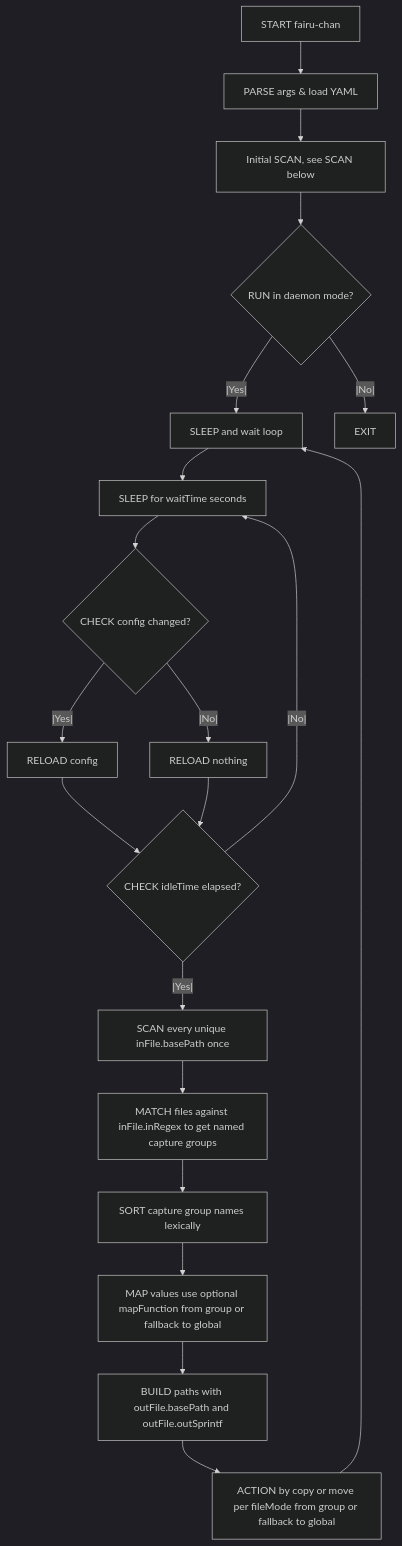
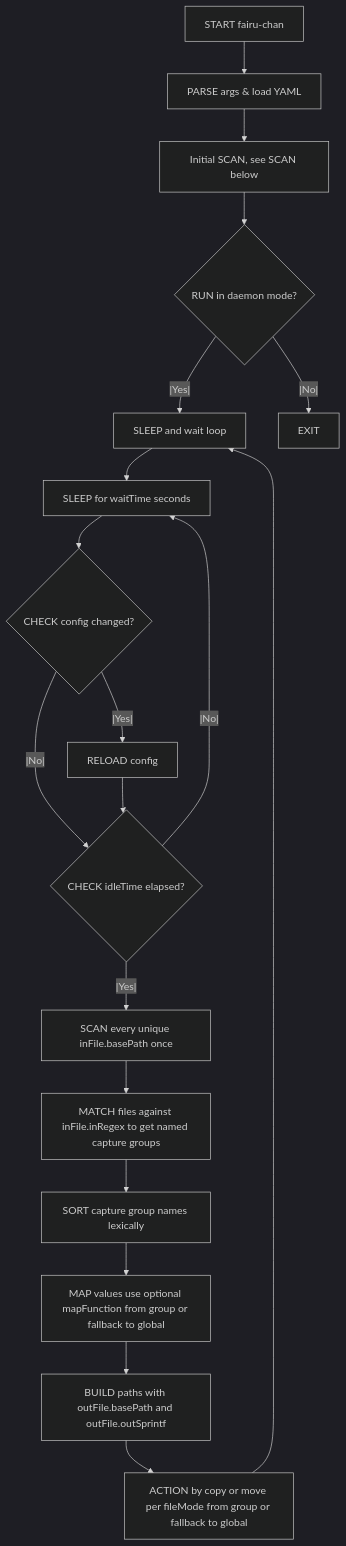
Before and after one commit to justinnamilee/fairu-chan: the diagram in README.md, drawn with Mermaid (dark theme).

Commit message:
drop useless node on diagram

````diff
--- a/README.md
+++ b/README.md
@@ -35,25 +35,24 @@
 ```mermaid
 
 graph TD
   A[START fairu-chan] --> B[PARSE args & load YAML]
   B --> C[Initial SCAN, see SCAN below]
   C --> D{RUN in daemon mode?}
   D --|Yes|--> E[SLEEP and wait loop]
   D --|No|--> F[EXIT]
   E --> G[SLEEP for waitTime seconds]
   G --> H{CHECK config changed?}
   H --|Yes|--> I[RELOAD config]
-  H --|No|--> J[RELOAD nothing]
+  H --|No|--> K
   I --> K{CHECK idleTime elapsed?}
-  J --> K
   K --|No|--> G
   K --|Yes|--> L[SCAN every unique inFile.basePath once]
   L --> M[MATCH files against inFile.inRegex to get named capture groups]
   M --> N[SORT capture group names lexically]
   N --> O[MAP values use optional mapFunction from group or fallback to global]
   O --> P[BUILD paths with outFile.basePath and outFile.outSprintf]
   P --> Q[ACTION by copy or move per fileMode from group or fallback to global]
   Q --> E
 
 
 ```
````
